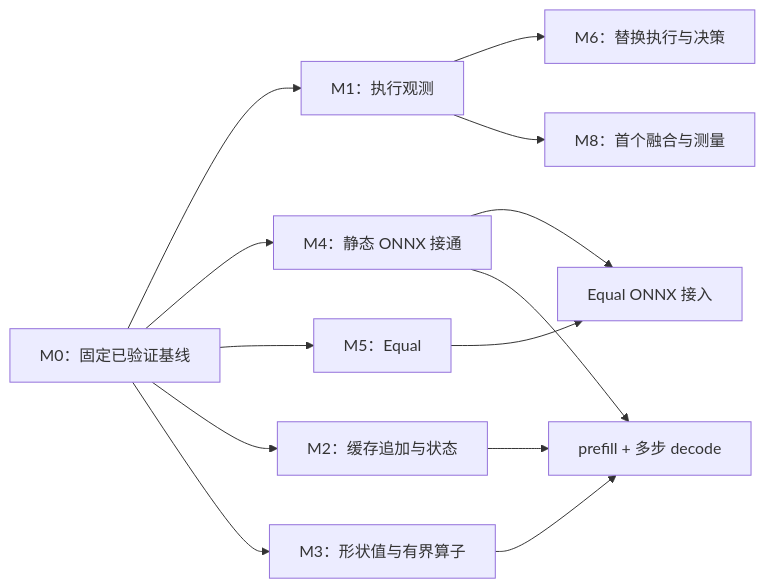
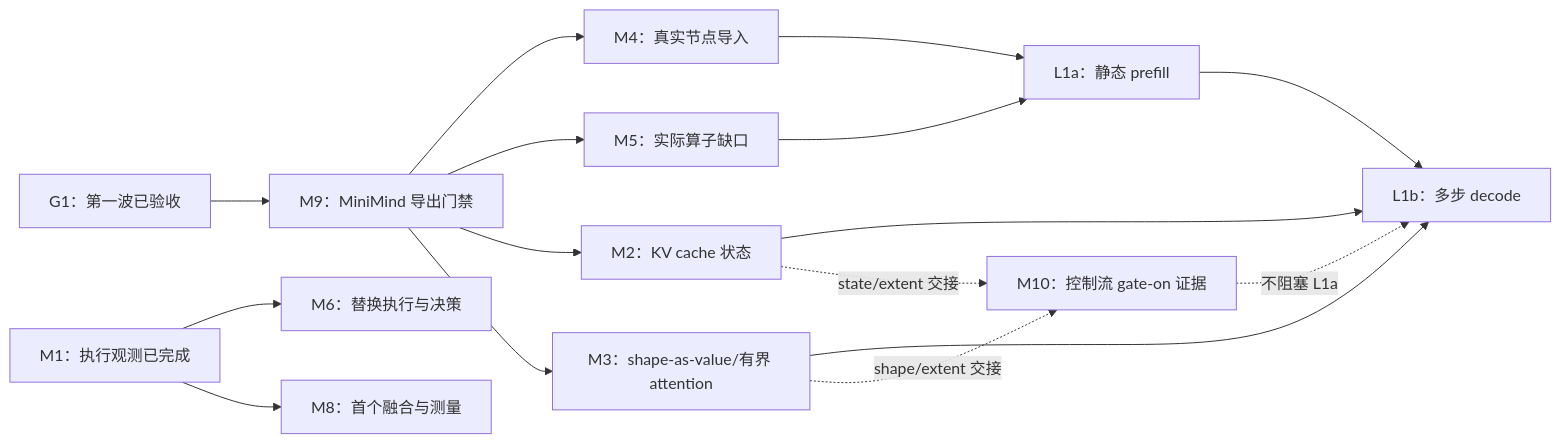
The diagram in docs/implementation/README.md (KDZZZZZZ/hdkx-aicompiler), drawn with Mermaid before and after one commit. The commit also changed other lines of this file and 18 other files, not shown here.

````diff
--- a/docs/implementation/README.md
+++ b/docs/implementation/README.md
@@ -39,15 +41,18 @@
 ```mermaid
 flowchart LR
-    G0["M0：固定已验证基线"] --> M1["M1：执行观测"]
-    G0 --> M4["M4：静态 ONNX 接通"]
-    G0 --> M5["M5：Equal"]
-    M5 --> E["Equal ONNX 接入"]
-    M4 --> E
-    G0 --> M2["M2：缓存追加与状态"]
-    G0 --> M3["M3：形状值与有界算子"]
-    M2 --> D["prefill + 多步 decode"]
-    M3 --> D
-    M4 --> D
-    M1 --> M6["M6：替换执行与决策"]
+    G1["G1：第一波已验收"] --> M9["M9：MiniMind 导出门禁"]
+    M9 --> M4["M4：真实节点导入"]
+    M9 --> M5["M5：实际算子缺口"]
+    M9 --> M2["M2：KV cache 状态"]
+    M9 --> M3["M3：shape-as-value/有界 attention"]
+    M4 --> L1a["L1a：静态 prefill"]
+    M5 --> L1a
+    M2 --> L1b["L1b：多步 decode"]
+    M3 --> L1b
+    L1a --> L1b
+    M10["M10：控制流 gate-on 证据"] -. "不阻塞 L1a" .-> L1b
+    M2 -. "state/extent 交接" .-> M10
+    M3 -. "shape/extent 交接" .-> M10
+    M1["M1：执行观测已完成"] --> M6["M6：替换执行与决策"]
     M1 --> M8["M8：首个融合与测量"]
 ```
````
